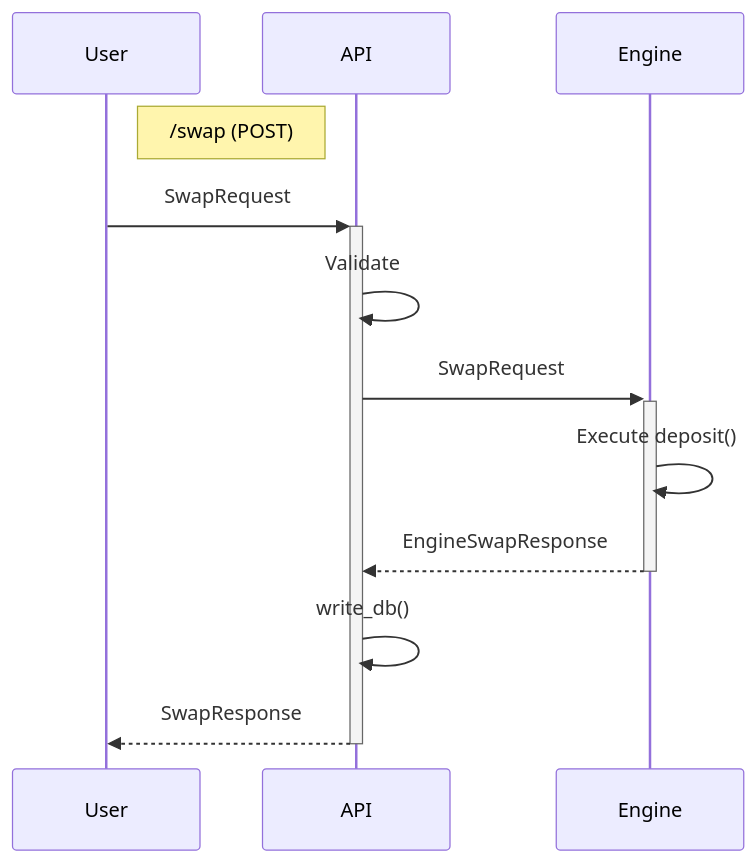
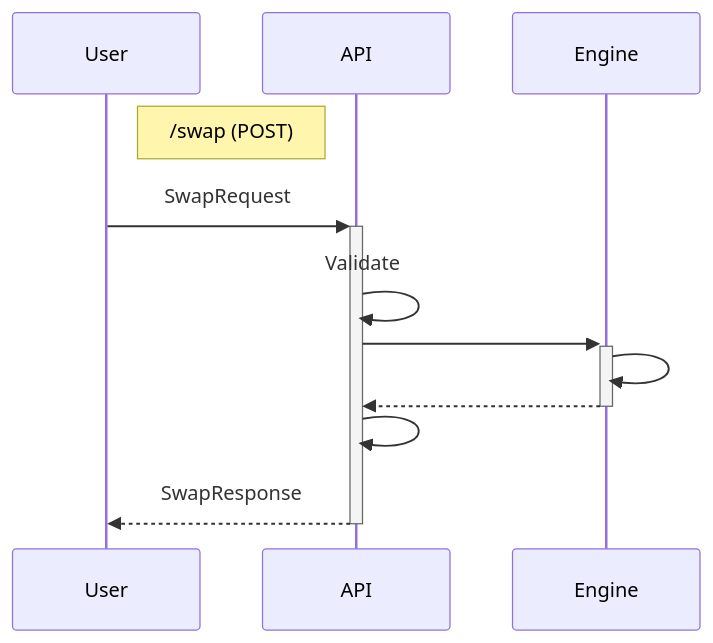
Before and after one commit to aori-io/aori-ts: the second of 2 diagrams in README.md, drawn with Mermaid. The commit also changed other lines of this file, not shown here.

````diff
--- a/README.md
+++ b/README.md
@@ -101,14 +96,14 @@
 ```mermaid
 sequenceDiagram
     participant U as User
     participant API
     participant E as Engine
     note right of U: /swap (POST)
     U->>+API: SwapRequest
     API->>API: Validate
-    API->>+E: SwapRequest
-    E->>E: Execute deposit()
-    E-->>-API: EngineSwapResponse
-    API->>API: write_db()
+    API->>+E:
+    E->>E:
+    E-->>-API:
+    API->>API:
     API-->>-U: SwapResponse
 ```
````
